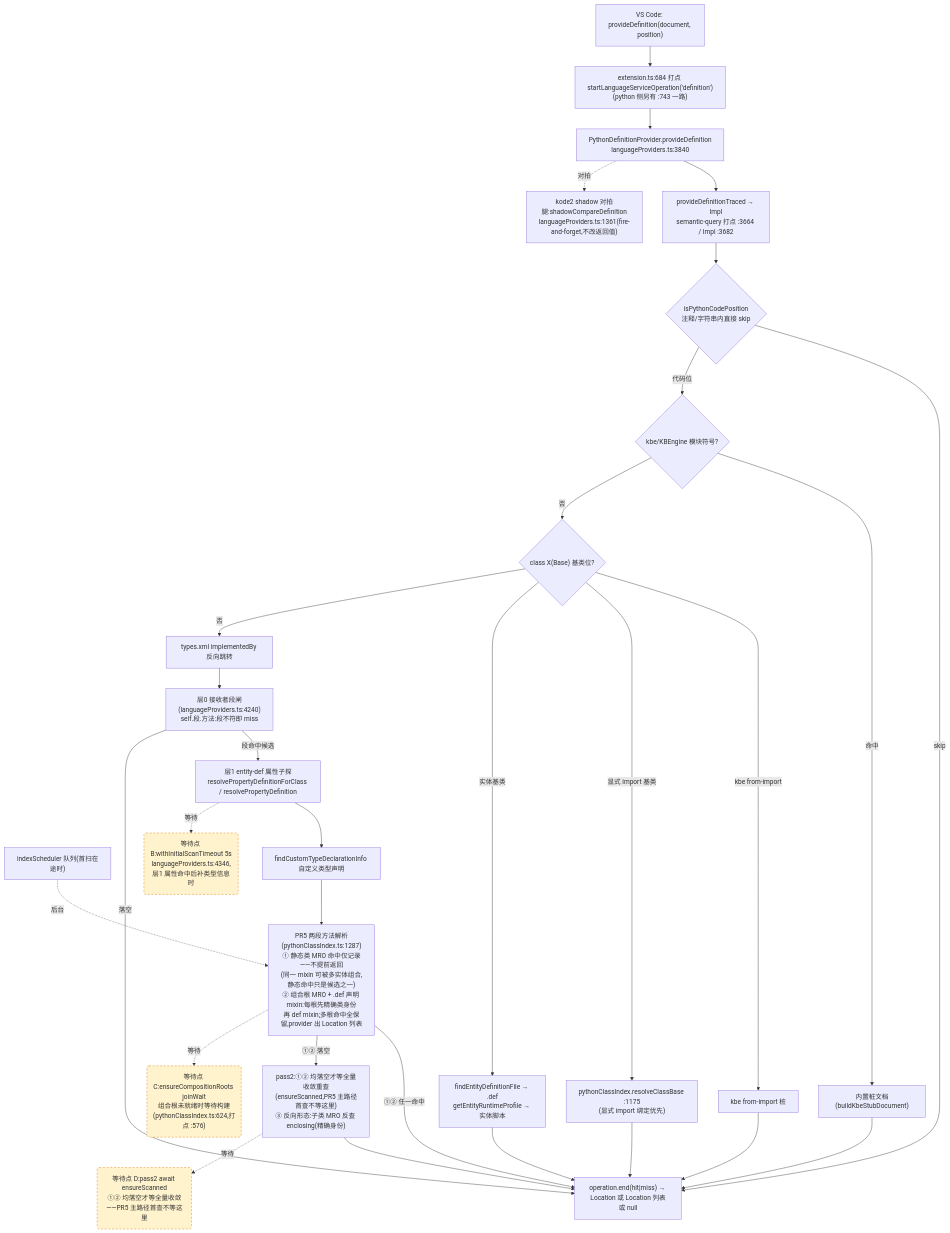
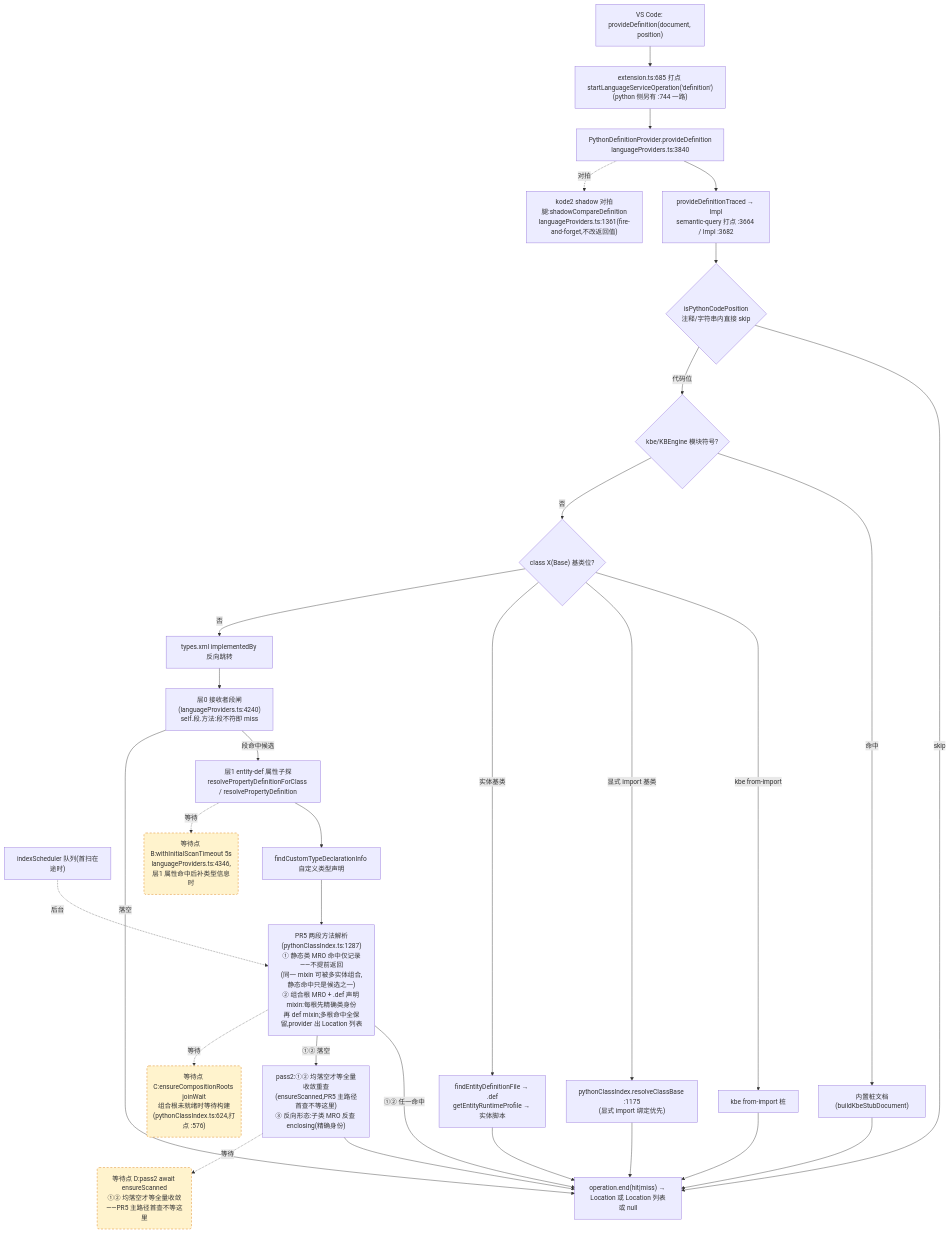
One commit to cuihairu/kode changed the second of 4 diagrams in docs/perf/2026-baseline.md. Above: the diagram before and after it, drawn with Mermaid. The commit also changed other lines of this file and 9 other files, not shown here.

````diff
--- a/docs/perf/2026-baseline.md
+++ b/docs/perf/2026-baseline.md
@@ -130,51 +130,51 @@
 ```mermaid
 flowchart TD
   VC2["VS Code: provideDefinition(document, position)"]
-  M2["extension.ts:684 打点 startLanguageServiceOperation('definition')<br/>(python 侧另有 :743 一路)"]
+  M2["extension.ts:685 打点 startLanguageServiceOperation('definition')<br/>(python 侧另有 :744 一路)"]
   AD2["PythonDefinitionProvider.provideDefinition<br/>languageProviders.ts:3840"]
   TR["provideDefinitionTraced → Impl<br/>semantic-query 打点 :3664 / Impl :3682"]
   CTX{"isPythonCodePosition<br/>注释/字符串内直接 skip"}
   KBE{"kbe/KBEngine 模块符号?"}
   STUB["内置桩文档(buildKbeStubDocument)"]
   CB{"class X(Base) 基类位?"}
   CB1["kbe from-import 桩"]
   CB2["pythonClassIndex.resolveClassBase :1175<br/>(显式 import 绑定优先)"]
   CB3["findEntityDefinitionFile → .def<br/>getEntityRuntimeProfile → 实体脚本"]
   REV["types.xml implementedBy 反向跳转"]
   L0["层0 接收者段闸(languageProviders.ts:4240)<br/>self.段.方法:段不符即 miss"]
   L1["层1 entity-def 属性子探<br/>resolvePropertyDefinitionForClass / resolvePropertyDefinition"]
   SCAN["indexScheduler 队列(首扫在途时)"]
   TY["findCustomTypeDeclarationInfo 自定义类型声明"]
   MRO["PR5 两段方法解析(pythonClassIndex.ts:1287)<br/>① 静态类 MRO 命中仅记录——不提前返回<br/>(同一 mixin 可被多实体组合,静态命中只是候选之一)<br/>② 组合根 MRO + .def 声明 mixin:每根先精确类身份<br/>再 def mixin;多根命中全保留,provider 出 Location 列表"]
   PASS2["pass2:①② 均落空才等全量收敛重查<br/>(ensureScanned,PR5 主路径首查不等这里)<br/>③ 反向形态:子类 MRO 反查 enclosing(精确身份)"]
   SHD["kode2 shadow 对拍腿:shadowCompareDefinition<br/>languageProviders.ts:1361(fire-and-forget,不改返回值)"]
   END2["operation.end(hit|miss) → Location 或 Location 列表或 null"]
 
   VC2 --> M2 --> AD2 --> TR --> CTX
   CTX -- "skip" --> END2
   CTX -- "代码位" --> KBE
   KBE -- "命中" --> STUB --> END2
   KBE -- "否" --> CB
   CB -- "kbe from-import" --> CB1 --> END2
   CB -- "显式 import 基类" --> CB2 --> END2
   CB -- "实体基类" --> CB3 --> END2
   CB -- "否" --> REV --> L0
   L0 -- "段命中候选" --> L1
   L0 -- "落空" --> END2
   L1 --> TY
   TY --> MRO
   MRO -- "①② 任一命中" --> END2
   MRO -- "①② 落空" --> PASS2 --> END2
   AD2 -.->|对拍| SHD
 
   WAITB("等待点 B:withInitialScanTimeout 5s<br/>languageProviders.ts:4346,层1 属性命中后补类型信息时")
   WAITC("等待点 C:ensureCompositionRoots joinWait<br/>组合根未就绪时等待构建(pythonClassIndex.ts:624,打点 :576)")
   WAITD("等待点 D:pass2 await ensureScanned<br/>①② 均落空才等全量收敛——PR5 主路径首查不等这里")
   L1 -.->|等待| WAITB
   MRO -.->|等待| WAITC
   PASS2 -.->|等待| WAITD
   SCAN -.->|后台| MRO
 
   classDef waitPoint fill:#fff3cd,stroke:#d97706,stroke-dasharray:5 4;
   class WAITB,WAITC,WAITD waitPoint;
 ```
````
